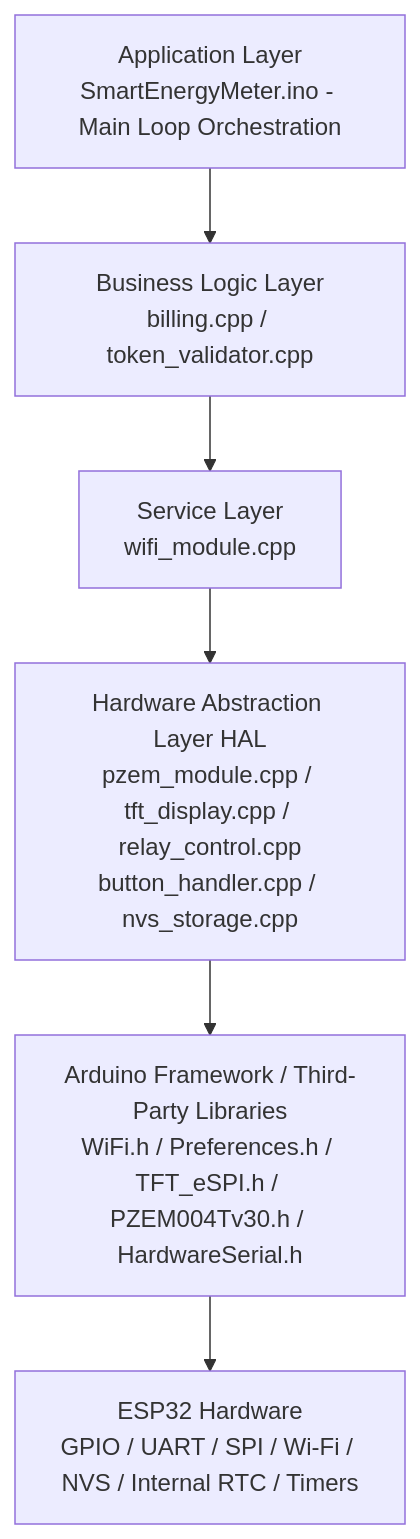
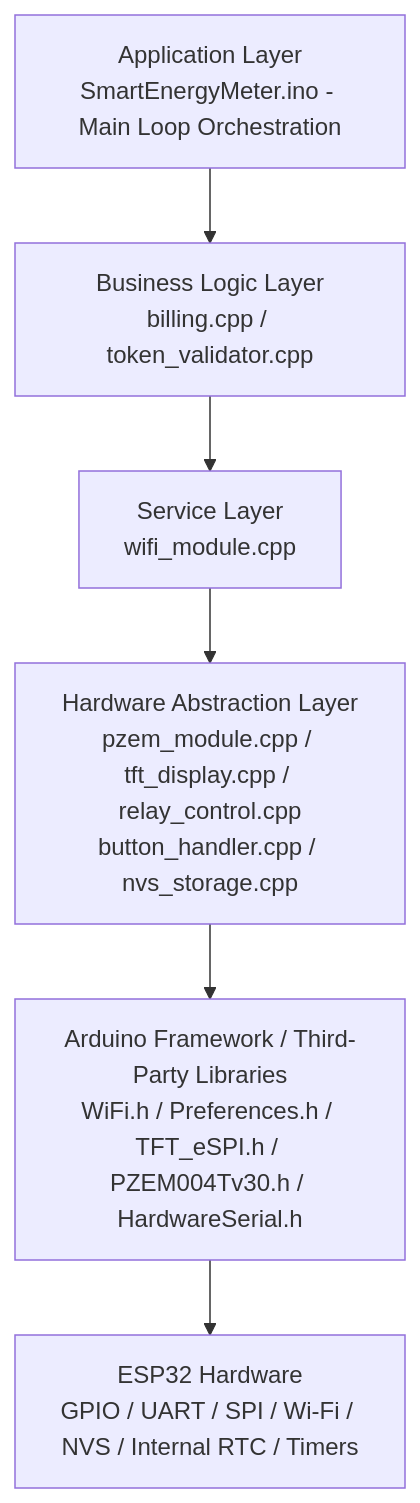
Before and after one commit to thetruesammyjay/Iot-Based-Smart-Prepaid-Energy-Meter-Proteus: the second of 3 diagrams in README.md, drawn with Mermaid. The commit also changed other lines of this file and 9 other files, not shown here.

````diff
--- a/README.md
+++ b/README.md
@@ -184,15 +176,15 @@
 ```mermaid
 graph TD
     AL["Application Layer\nSmartEnergyMeter.ino - Main Loop Orchestration"]
     BL["Business Logic Layer\nbilling.cpp / token_validator.cpp"]
     SL["Service Layer\nwifi_module.cpp"]
-    HAL["Hardware Abstraction Layer HAL\npzem_module.cpp / tft_display.cpp / relay_control.cpp\nbutton_handler.cpp / nvs_storage.cpp"]
+    HAL["Hardware Abstraction Layer\npzem_module.cpp / tft_display.cpp / relay_control.cpp\nbutton_handler.cpp / nvs_storage.cpp"]
     LIB["Arduino Framework / Third-Party Libraries\nWiFi.h / Preferences.h / TFT_eSPI.h / PZEM004Tv30.h / HardwareSerial.h"]
     HW["ESP32 Hardware\nGPIO / UART / SPI / Wi-Fi / NVS / Internal RTC / Timers"]
 
     AL --> BL
     BL --> SL
     SL --> HAL
     HAL --> LIB
     LIB --> HW
 ```
````
